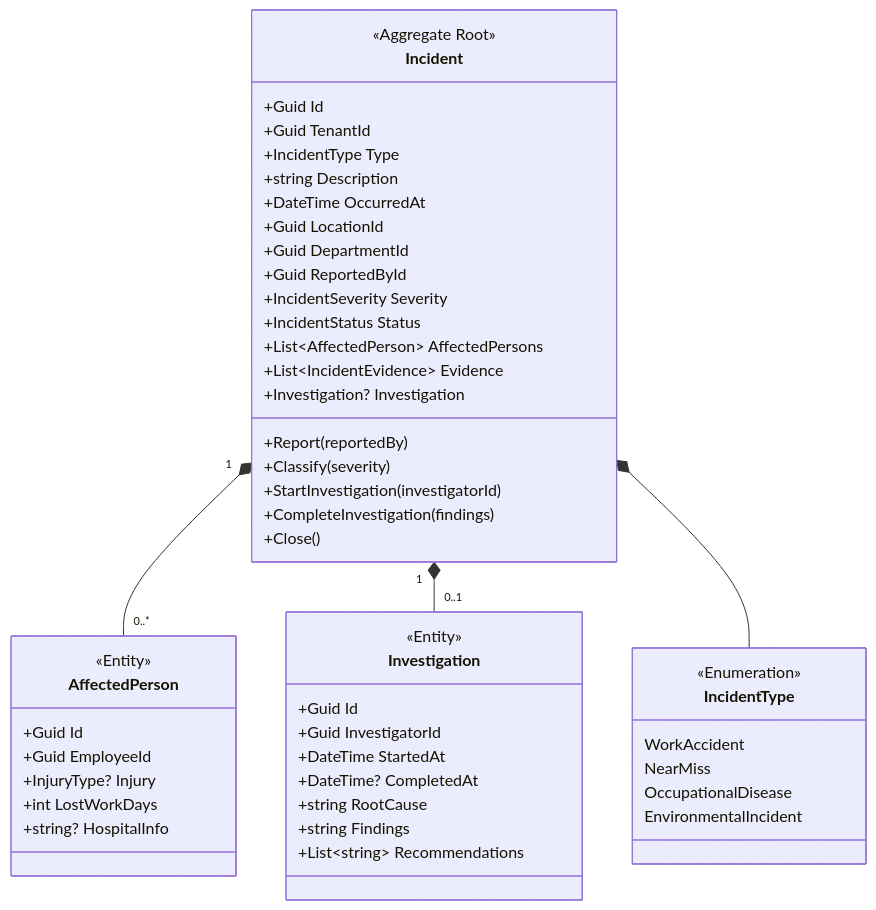
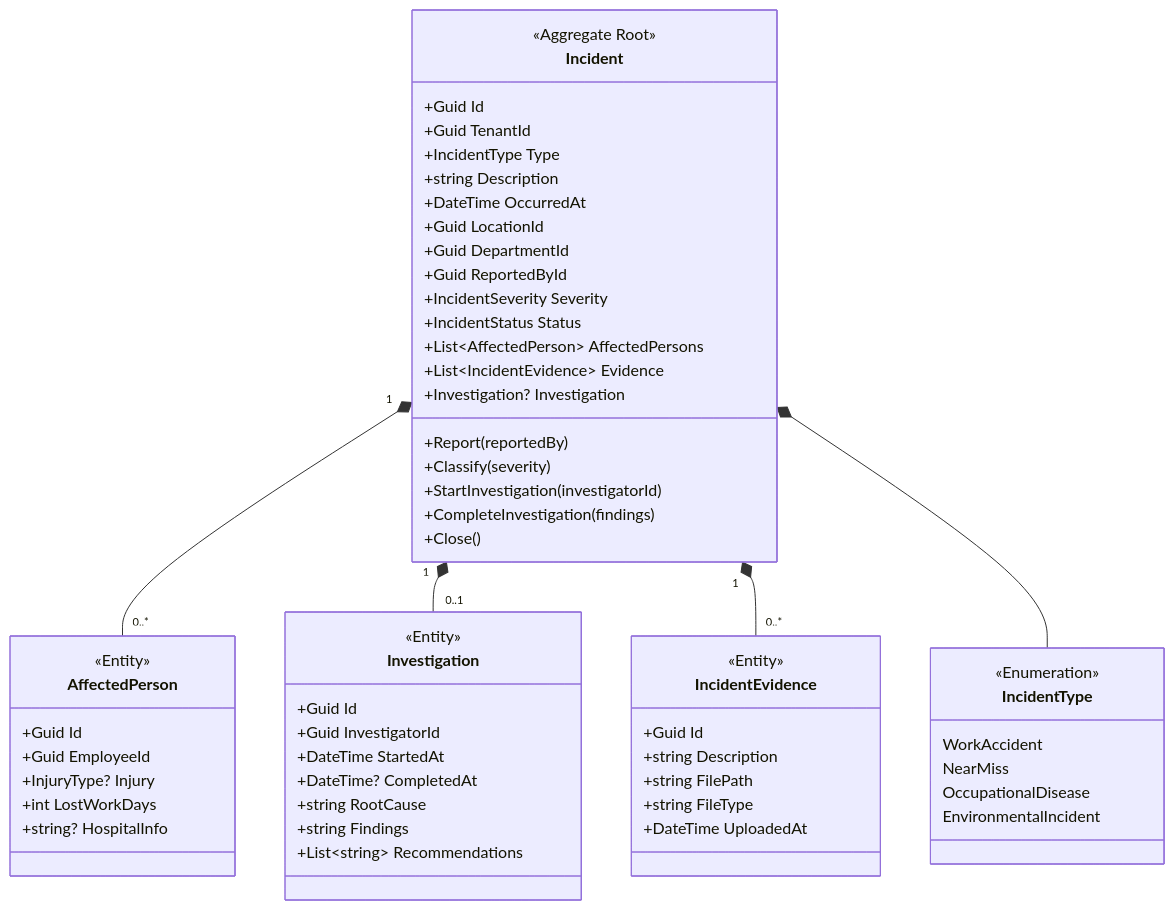
One commit to fatma-oncu/SafeFlow-AI changed diagram 15 of 20 in docs/domain-model.md. Above: the diagram before and after it, drawn with Mermaid. The commit also changed other lines of this file and 40 other files, not shown here.

````diff
--- a/docs/domain-model.md
+++ b/docs/domain-model.md
@@ -1100,56 +1181,67 @@
 ```mermaid
 classDiagram
     class Incident {
         <<Aggregate Root>>
         +Guid Id
         +Guid TenantId
         +IncidentType Type
         +string Description
         +DateTime OccurredAt
         +Guid LocationId
         +Guid DepartmentId
         +Guid ReportedById
         +IncidentSeverity Severity
         +IncidentStatus Status
         +List~AffectedPerson~ AffectedPersons
         +List~IncidentEvidence~ Evidence
         +Investigation? Investigation
         +Report(reportedBy)
         +Classify(severity)
         +StartInvestigation(investigatorId)
         +CompleteInvestigation(findings)
         +Close()
     }
 
     class AffectedPerson {
         <<Entity>>
         +Guid Id
         +Guid EmployeeId
         +InjuryType? Injury
         +int LostWorkDays
         +string? HospitalInfo
     }
 
     class Investigation {
         <<Entity>>
         +Guid Id
         +Guid InvestigatorId
         +DateTime StartedAt
         +DateTime? CompletedAt
         +string RootCause
         +string Findings
         +List~string~ Recommendations
     }
 
     class IncidentType {
         <<Enumeration>>
         WorkAccident
         NearMiss
         OccupationalDisease
         EnvironmentalIncident
     }
 
+    class IncidentEvidence {
+        <<Entity>>
+        +Guid Id
+        +string Description
+        +string FilePath
+        +string FileType
+        +DateTime UploadedAt
+    }
+
     Incident "1" *-- "0..*" AffectedPerson
     Incident "1" *-- "0..1" Investigation
+    Incident "1" *-- "0..*" IncidentEvidence
     Incident *-- IncidentType
+```,StartLine:1225,TargetContent:
 ```
````
